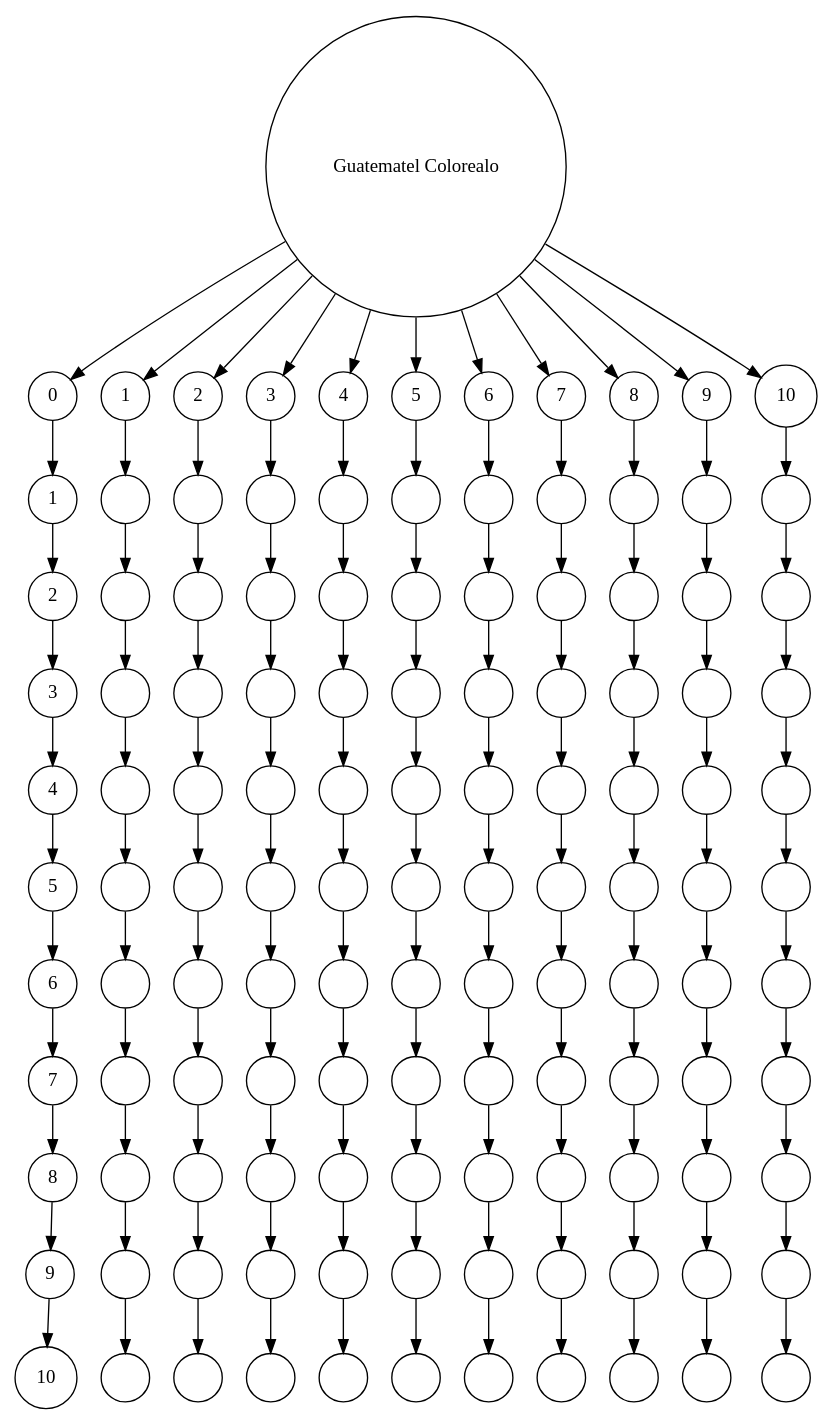
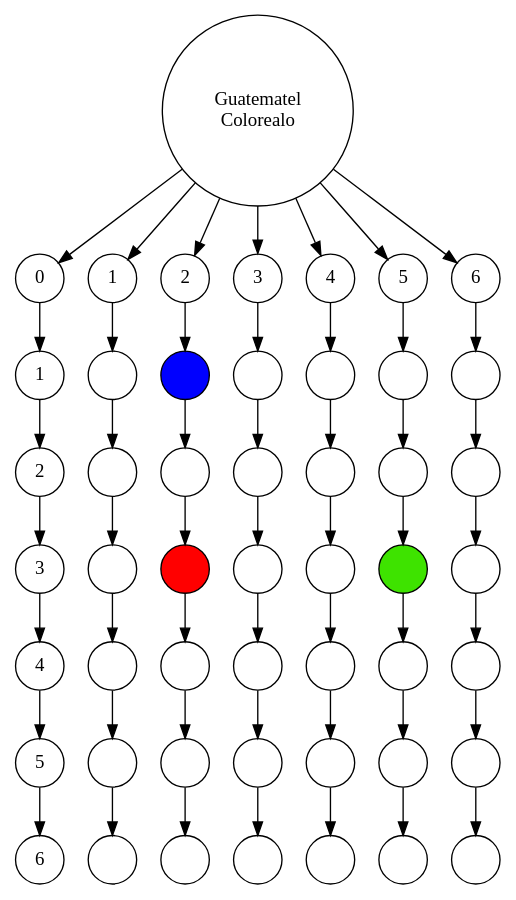
The diagram in grafica.dot (Manuelhb1/IPC2_Practica1_201407188), drawn with Graphviz before and after one commit. The commit also changed 2 other files, not shown here.

```diff
--- a/grafica.dot
+++ b/grafica.dot
@@ -1,7 +1,8 @@
 digraph grafo{
 
         node[shape=circle];
-n0 [label="Guatematel Colorealo"];
+n0 [label="Guatematel
+Colorealo"];
 n1 [label="0"];
 n2 [label="1"];
 n3 [label="2"];
@@ -9,120 +10,48 @@
 n5 [label="4"];
 n6 [label="5"];
 n7 [label="6"];
-n8 [label="7"];
-n9 [label="8"];
-n10 [label="9"];
-n11 [label="10"];
-n12 [label="1"];
+n8 [label="1"];
+n9 [label=""];
+n10 [label="" fillcolor="#0000ff" style=filled];
+n11 [label=""];
+n12 [label=""];
 n13 [label=""];
 n14 [label=""];
-n15 [label=""];
+n15 [label="2"];
 n16 [label=""];
 n17 [label=""];
 n18 [label=""];
 n19 [label=""];
 n20 [label=""];
 n21 [label=""];
-n22 [label=""];
-n23 [label="2"];
-n24 [label=""];
+n22 [label="3"];
+n23 [label=""];
+n24 [label="" fillcolor="#ff0000" style=filled];
 n25 [label=""];
 n26 [label=""];
-n27 [label=""];
+n27 [label="" fillcolor="#3EE300" style=filled];
 n28 [label=""];
-n29 [label=""];
+n29 [label="4"];
 n30 [label=""];
 n31 [label=""];
 n32 [label=""];
 n33 [label=""];
-n34 [label="3"];
+n34 [label=""];
 n35 [label=""];
-n36 [label=""];
+n36 [label="5"];
 n37 [label=""];
 n38 [label=""];
 n39 [label=""];
 n40 [label=""];
 n41 [label=""];
 n42 [label=""];
-n43 [label=""];
+n43 [label="6"];
 n44 [label=""];
-n45 [label="4"];
+n45 [label=""];
 n46 [label=""];
 n47 [label=""];
 n48 [label=""];
 n49 [label=""];
-n50 [label=""];
-n51 [label=""];
-n52 [label=""];
-n53 [label=""];
-n54 [label=""];
-n55 [label=""];
-n56 [label="5"];
-n57 [label=""];
-n58 [label=""];
-n59 [label=""];
-n60 [label=""];
-n61 [label=""];
-n62 [label=""];
-n63 [label=""];
-n64 [label=""];
-n65 [label=""];
-n66 [label=""];
-n67 [label="6"];
-n68 [label=""];
-n69 [label=""];
-n70 [label=""];
-n71 [label=""];
-n72 [label=""];
-n73 [label=""];
-n74 [label=""];
-n75 [label=""];
-n76 [label=""];
-n77 [label=""];
-n78 [label="7"];
-n79 [label=""];
-n80 [label=""];
-n81 [label=""];
-n82 [label=""];
-n83 [label=""];
-n84 [label=""];
-n85 [label=""];
-n86 [label=""];
-n87 [label=""];
-n88 [label=""];
-n89 [label="8"];
-n90 [label=""];
-n91 [label=""];
-n92 [label=""];
-n93 [label=""];
-n94 [label=""];
-n95 [label=""];
-n96 [label=""];
-n97 [label=""];
-n98 [label=""];
-n99 [label=""];
-n100 [label="9"];
-n101 [label=""];
-n102 [label=""];
-n103 [label=""];
-n104 [label=""];
-n105 [label=""];
-n106 [label=""];
-n107 [label=""];
-n108 [label=""];
-n109 [label=""];
-n110 [label=""];
-n111 [label="10"];
-n112 [label=""];
-n113 [label=""];
-n114 [label=""];
-n115 [label=""];
-n116 [label=""];
-n117 [label=""];
-n118 [label=""];
-n119 [label=""];
-n120 [label=""];
-n121 [label=""];
 n0 -> n1
 n0 -> n2
 n0 -> n3
@@ -130,119 +59,47 @@
 n0 -> n5
 n0 -> n6
 n0 -> n7
-n0 -> n8
-n0 -> n9
-n0 -> n10
-n0 -> n11
-n1 -> n12
-n12 -> n23
-n23 -> n34
-n34 -> n45
-n45 -> n56
-n56 -> n67
-n67 -> n78
-n78 -> n89
-n89 -> n100
-n100 -> n111
-n2 -> n13
-n13 -> n24
-n24 -> n35
-n35 -> n46
-n46 -> n57
-n57 -> n68
-n68 -> n79
-n79 -> n90
-n90 -> n101
-n101 -> n112
-n3 -> n14
-n14 -> n25
-n25 -> n36
-n36 -> n47
-n47 -> n58
-n58 -> n69
-n69 -> n80
-n80 -> n91
-n91 -> n102
-n102 -> n113
-n4 -> n15
-n15 -> n26
-n26 -> n37
-n37 -> n48
-n48 -> n59
-n59 -> n70
-n70 -> n81
-n81 -> n92
-n92 -> n103
-n103 -> n114
-n5 -> n16
-n16 -> n27
-n27 -> n38
-n38 -> n49
-n49 -> n60
-n60 -> n71
-n71 -> n82
-n82 -> n93
-n93 -> n104
-n104 -> n115
-n6 -> n17
-n17 -> n28
-n28 -> n39
-n39 -> n50
-n50 -> n61
-n61 -> n72
-n72 -> n83
-n83 -> n94
-n94 -> n105
-n105 -> n116
-n7 -> n18
-n18 -> n29
-n29 -> n40
-n40 -> n51
-n51 -> n62
-n62 -> n73
-n73 -> n84
-n84 -> n95
-n95 -> n106
-n106 -> n117
-n8 -> n19
-n19 -> n30
-n30 -> n41
-n41 -> n52
-n52 -> n63
-n63 -> n74
-n74 -> n85
-n85 -> n96
-n96 -> n107
-n107 -> n118
-n9 -> n20
-n20 -> n31
-n31 -> n42
-n42 -> n53
-n53 -> n64
-n64 -> n75
-n75 -> n86
-n86 -> n97
-n97 -> n108
-n108 -> n119
-n10 -> n21
-n21 -> n32
-n32 -> n43
-n43 -> n54
-n54 -> n65
-n65 -> n76
-n76 -> n87
-n87 -> n98
-n98 -> n109
-n109 -> n120
-n11 -> n22
-n22 -> n33
-n33 -> n44
-n44 -> n55
-n55 -> n66
-n66 -> n77
-n77 -> n88
-n88 -> n99
-n99 -> n110
-n110 -> n121
+n1 -> n8
+n8 -> n15
+n15 -> n22
+n22 -> n29
+n29 -> n36
+n36 -> n43
+n2 -> n9
+n9 -> n16
+n16 -> n23
+n23 -> n30
+n30 -> n37
+n37 -> n44
+n3 -> n10
+n10 -> n17
+n17 -> n24
+n24 -> n31
+n31 -> n38
+n38 -> n45
+n4 -> n11
+n11 -> n18
+n18 -> n25
+n25 -> n32
+n32 -> n39
+n39 -> n46
+n5 -> n12
+n12 -> n19
+n19 -> n26
+n26 -> n33
+n33 -> n40
+n40 -> n47
+n6 -> n13
+n13 -> n20
+n20 -> n27
+n27 -> n34
+n34 -> n41
+n41 -> n48
+n7 -> n14
+n14 -> n21
+n21 -> n28
+n28 -> n35
+n35 -> n42
+n42 -> n49
 
 }
```
